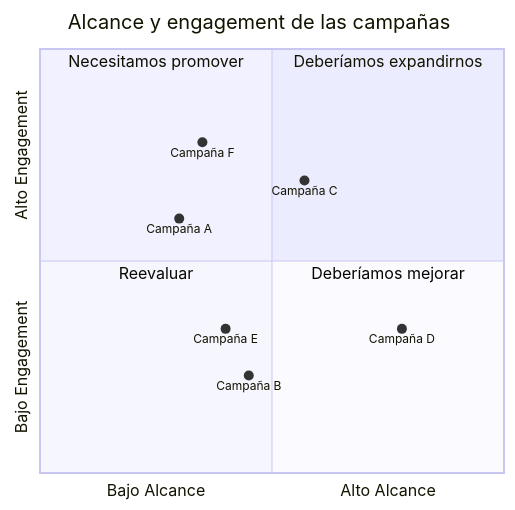
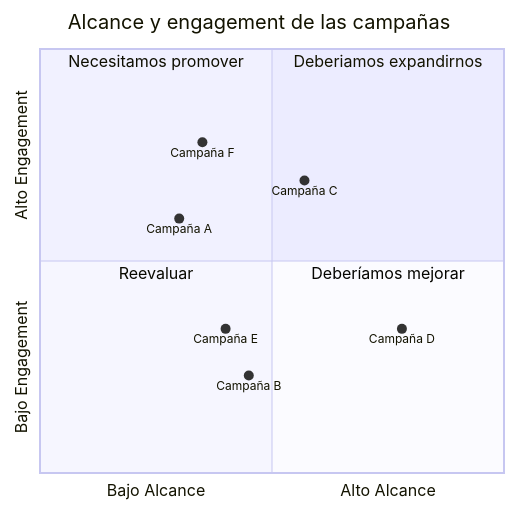
Before and after one commit to miguelancabezon/IGPS: the fifth of 6 diagrams in temario/4-markdown/clase-8-markdown-avanzado.md, drawn with Mermaid. The commit also changed other lines of this file, not shown here.

````diff
--- a/temario/4-markdown/clase-8-markdown-avanzado.md
+++ b/temario/4-markdown/clase-8-markdown-avanzado.md
@@ -266,16 +266,16 @@
 ```mermaid
 quadrantChart
     title Alcance y engagement de las campañas
     x-axis Bajo Alcance --> Alto Alcance
     y-axis Bajo Engagement --> Alto Engagement
-    quadrant-1 Deberíamos expandirnos
+    quadrant-1 Deberiamos expandirnos
     quadrant-2 Necesitamos promover
     quadrant-3 Reevaluar
     quadrant-4 Deberíamos mejorar
     Campaña A: [0.3, 0.6]
     Campaña B: [0.45, 0.23]
     Campaña C: [0.57, 0.69]
     Campaña D: [0.78, 0.34]
     Campaña E: [0.40, 0.34]
     Campaña F: [0.35, 0.78]
 ```
````
